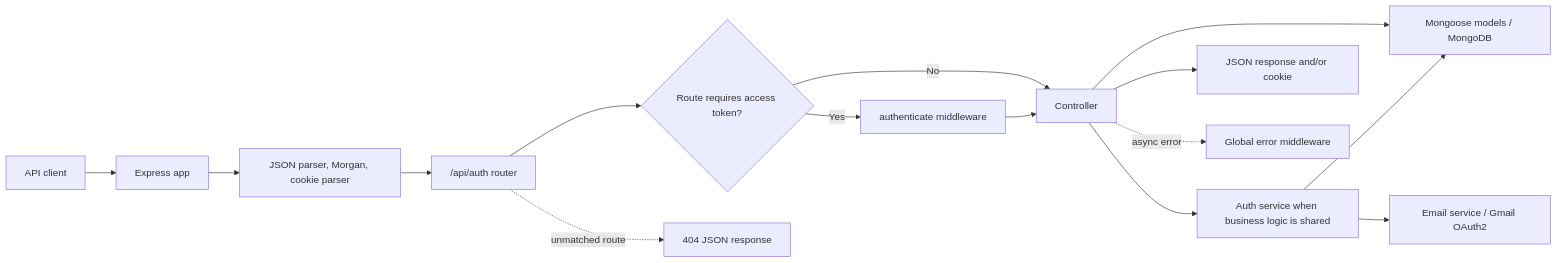
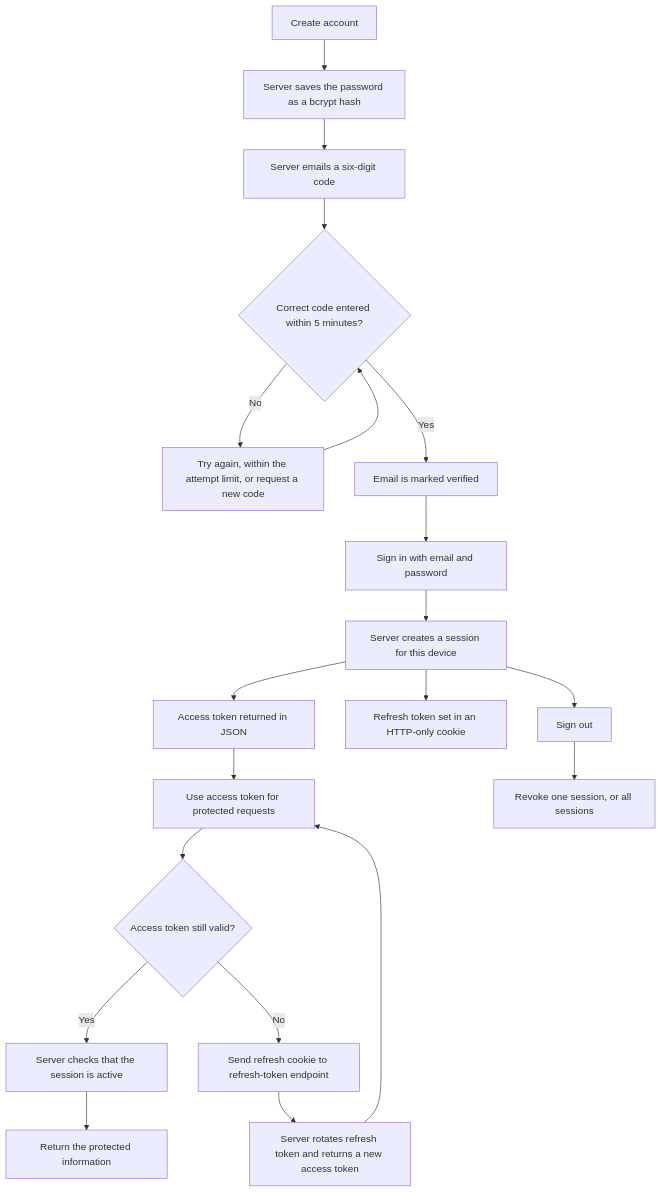
One commit to samroz-burhan/authentication-system-backend changed the first of 6 diagrams in README.md. Above: the diagram before and after it, drawn with Mermaid. The commit also changed other lines of this file and 25 other files, not shown here.

````diff
--- a/README.md
+++ b/README.md
@@ -59,17 +19,22 @@
 ```mermaid
-flowchart LR
-    Client["API client"] --> App["Express app"]
-    App --> Parsers["JSON parser, Morgan, cookie parser"]
-    Parsers --> Router["/api/auth router"]
-    Router --> Guard{"Route requires access token?"}
-    Guard -->|Yes| Auth["authenticate middleware"]
-    Guard -->|No| Controller["Controller"]
-    Auth --> Controller
-    Controller --> Service["Auth service when business logic is shared"]
-    Controller --> Models["Mongoose models / MongoDB"]
-    Service --> Models
-    Service --> Email["Email service / Gmail OAuth2"]
-    Controller --> Response["JSON response and/or cookie"]
-    Controller -. async error .-> Errors["Global error middleware"]
-    Router -. unmatched route .-> NotFound["404 JSON response"]
+flowchart TD
+    A["Create account"] --> B["Server saves the password as a bcrypt hash"]
+    B --> C["Server emails a six-digit code"]
+    C --> D{"Correct code entered within 5 minutes?"}
+    D -->|No| E["Try again, within the attempt limit, or request a new code"]
+    E --> D
+    D -->|Yes| F["Email is marked verified"]
+    F --> G["Sign in with email and password"]
+    G --> H["Server creates a session for this device"]
+    H --> I["Access token returned in JSON"]
+    H --> J["Refresh token set in an HTTP-only cookie"]
+    I --> K["Use access token for protected requests"]
+    K --> L{"Access token still valid?"}
+    L -->|Yes| M["Server checks that the session is active"]
+    M --> N["Return the protected information"]
+    L -->|No| O["Send refresh cookie to refresh-token endpoint"]
+    O --> P["Server rotates refresh token and returns a new access token"]
+    P --> K
+    H --> Q["Sign out"]
+    Q --> R["Revoke one session, or all sessions"]
 ```
````
